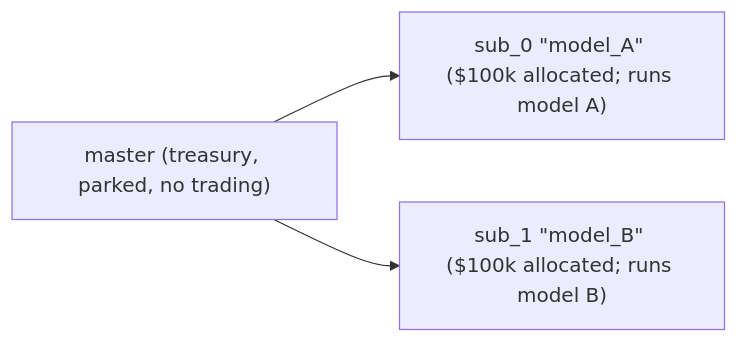
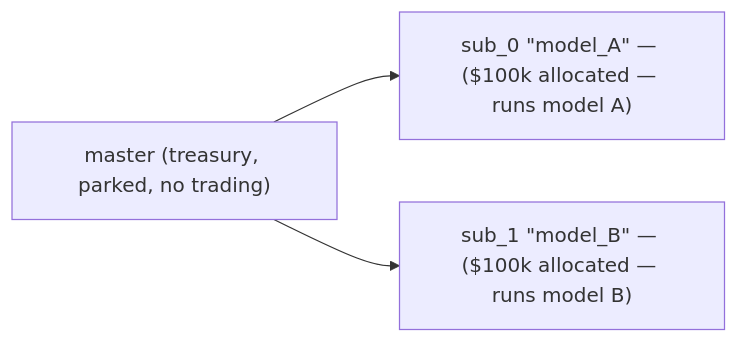
One commit to mtf-exchange/metaflux-knowledges changed the seventh of 8 diagrams in docs/concepts/sub-accounts.md. Above: the diagram before and after it, drawn with Mermaid. The commit also changed other lines of this file and 176 other files, not shown here.

First line of the commit message:
docs: split info by product, fix mermaid, drop sprint/diff wording, faster builds

````diff
--- a/docs/concepts/sub-accounts.md
+++ b/docs/concepts/sub-accounts.md
@@ -219,8 +219,8 @@
 ```mermaid
 flowchart LR
     master["master (treasury, parked, no trading)"]
-    sub0["sub_0 &quot;model_A&quot; ($100k allocated; runs model A)"]
-    sub1["sub_1 &quot;model_B&quot; ($100k allocated; runs model B)"]
+    sub0["sub_0 &quot;model_A&quot — ($100k allocated — runs model A)"]
+    sub1["sub_1 &quot;model_B&quot — ($100k allocated — runs model B)"]
     master --> sub0
     master --> sub1
 ```
````
